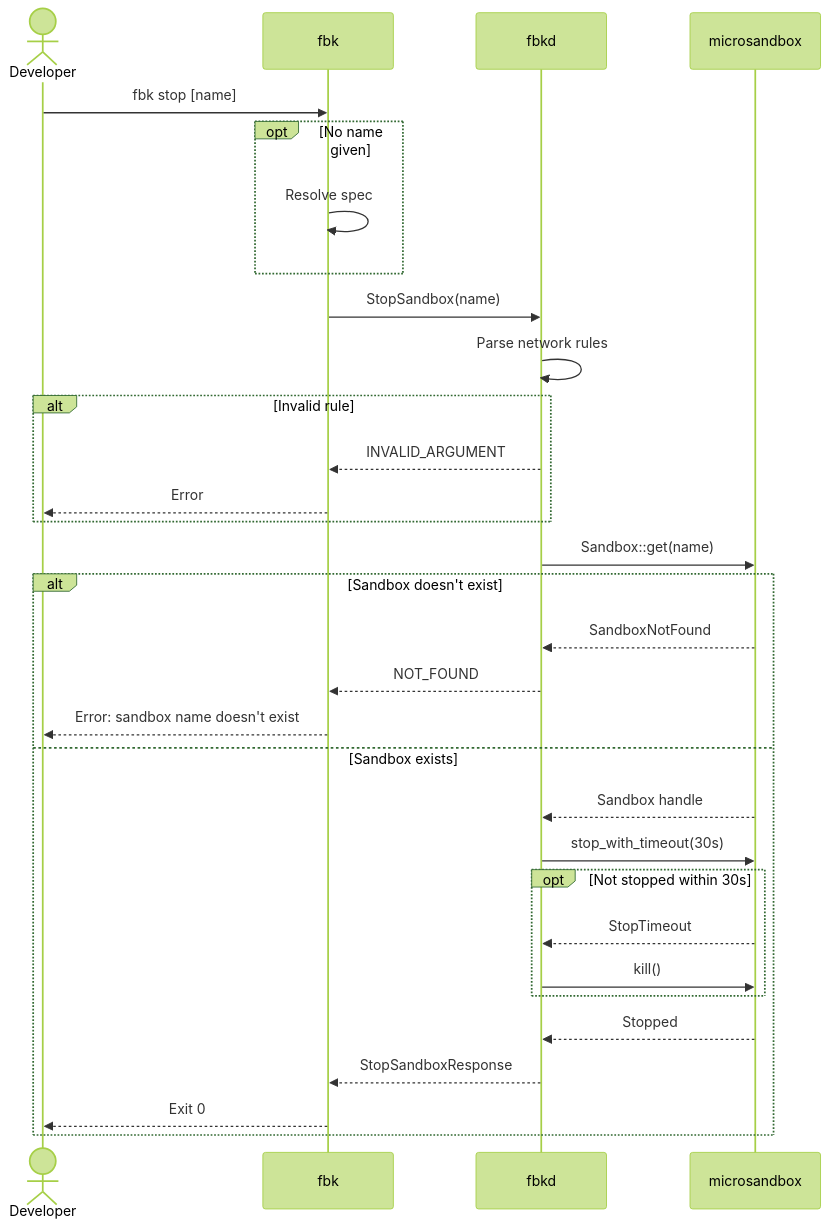
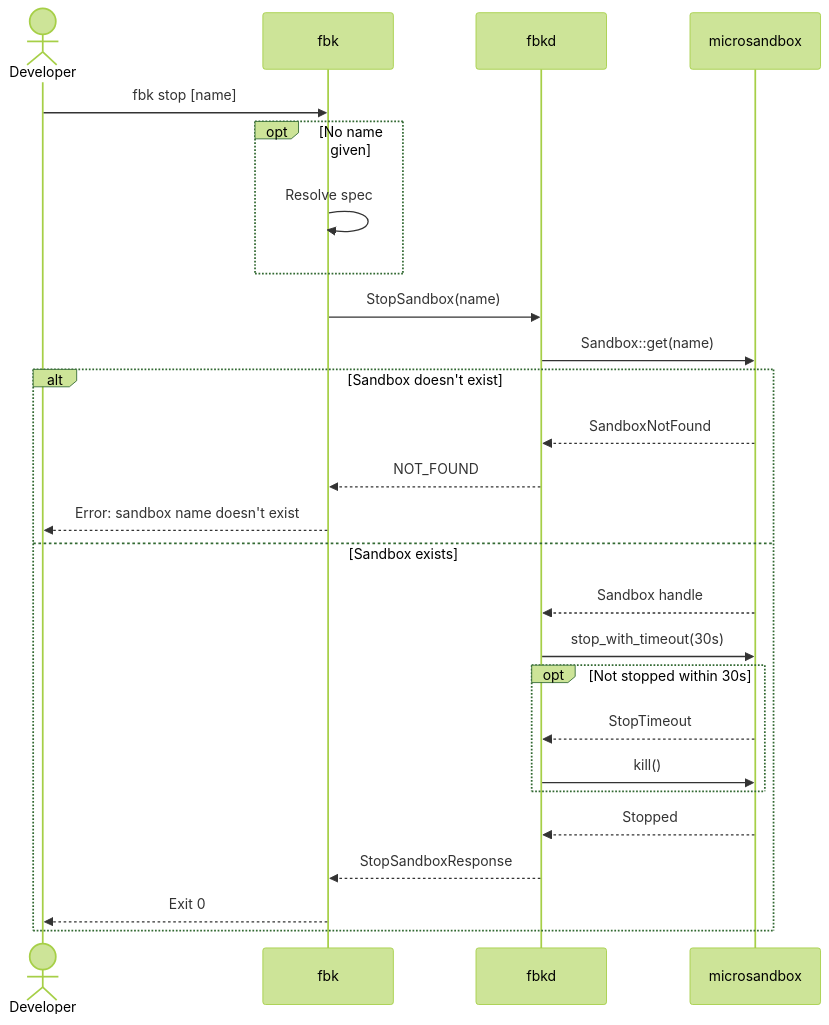
The second of 6 diagrams in docs/architecture/06-runtime-view.md (wmeints/anvil), drawn with Mermaid (forest theme) before and after one commit. The commit also changed 3 other files, not shown here.

First line of the commit message:
fix(daemon): address review findings for network rules

````diff
--- a/docs/architecture/06-runtime-view.md
+++ b/docs/architecture/06-runtime-view.md
@@ -112,34 +112,29 @@
 ```mermaid
 sequenceDiagram
     actor Dev as Developer
     participant CLI as fbk
     participant D as fbkd
     participant MS as microsandbox
 
     Dev->>CLI: fbk stop [name]
     opt No name given
         CLI->>CLI: Resolve spec
     end
     CLI->>D: StopSandbox(name)
-    D->>D: Parse network rules
-    alt Invalid rule
-        D-->>CLI: INVALID_ARGUMENT
-        CLI-->>Dev: Error
-    end
     D->>MS: Sandbox::get(name)
     alt Sandbox doesn't exist
         MS-->>D: SandboxNotFound
         D-->>CLI: NOT_FOUND
         CLI-->>Dev: Error: sandbox name doesn't exist
     else Sandbox exists
         MS-->>D: Sandbox handle
         D->>MS: stop_with_timeout(30s)
         opt Not stopped within 30s
             MS-->>D: StopTimeout
             D->>MS: kill()
         end
         MS-->>D: Stopped
         D-->>CLI: StopSandboxResponse
         CLI-->>Dev: Exit 0
     end
 ```
````
